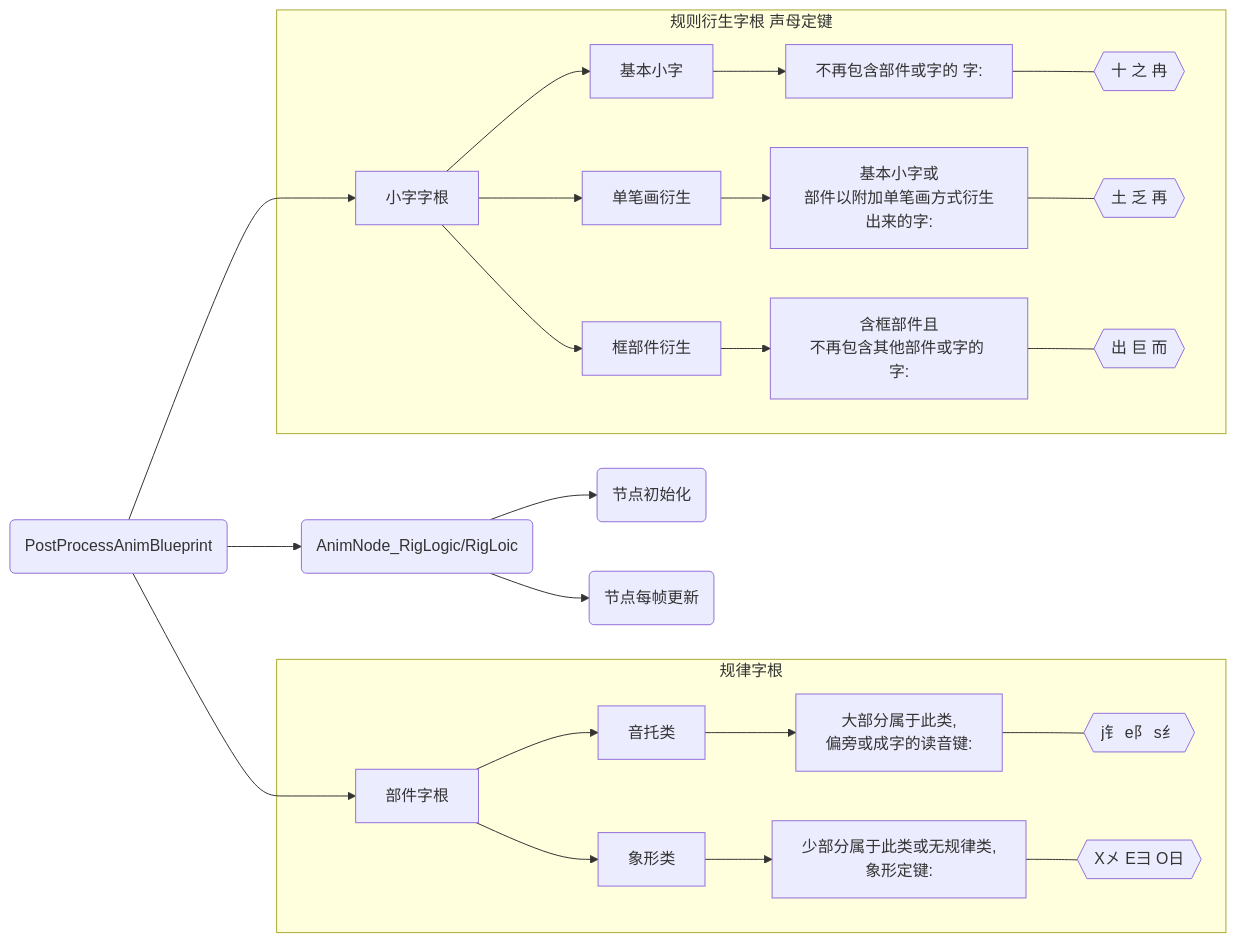
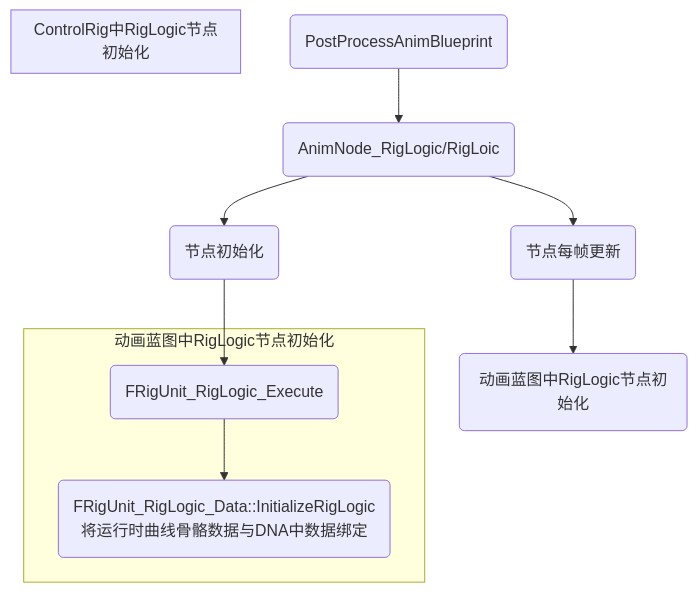
The first of 2 diagrams in UnrealEngine/MetaHuman/4. RigLogic.md (MibuWolf/Notes), drawn with Mermaid before and after one commit. The commit also changed other lines of this file and 2 other files, not shown here.

````diff
--- a/UnrealEngine/MetaHuman/4. RigLogic.md
+++ b/UnrealEngine/MetaHuman/4. RigLogic.md
@@ -25,35 +25,31 @@
 ```mermaid 
-flowchart LR 
+flowchart TD 
 
 %% s=start n=normal f=fork c=convergence 
 
 %% 主图 在后处理蓝图中通过调用RigLoigc节点或者在ControlRig中调用RigLogic节点实现面部表情控制
 
 s(PostProcessAnimBlueprint)-->n1(AnimNode_RigLogic/RigLoic)
 
 %% 初始化RigLogic
 
-n1-->n2(节点初始化)
-n1-->n3(节点每帧更新)
+n1-->n3(节点初始化)
+n1-->n4(节点每帧更新)
 
-%% 主图分支 
+%% 初始化流程
 
-s-->f1[部件字根]; 
-s-->f2[小字字根]; 
+n3-->f1(FRigUnit_RigLogic_Execute); 
+n4-->f2(动画蓝图中RigLogic节点初始化); 
 
 %% 子图1 
-subgraph 规律字根 
+subgraph ControlRig中RigLogic节点初始化 
 
-f1-->n4[音托类]-->n5[大部分属于此类,<br>偏旁或成字的读音键:]---n6{{"j钅 e⻖ s纟"}}; 
-f1-->n7[象形类]-->n8[少部分属于此类或无规律类,<br>象形定键:]---n9{{"X㐅 E彐 O日"}}; 
 end 
 
 %% 子图2 
-subgraph 规则衍生字根 声母定键 
+subgraph 动画蓝图中RigLogic节点初始化
 
-f2-->n10[基本小字]-->n11[不再包含部件或字的 字:]---n12{{十 之 冉}}; 
-f2-->n13[单笔画衍生]-->n14[基本小字或<br>部件以附加单笔画方式衍生出来的字:]---n15{{土 乏 再}};
-f2-->n16[框部件衍生]-->n17[含框部件且<br>不再包含其他部件或字的 字:]---n18{{出 巨 而}}; 
+f1-->c(FRigUnit_RigLogic_Data::InitializeRigLogic将运行时曲线骨骼数据与DNA中数据绑定)
 end
 
 ```
````
